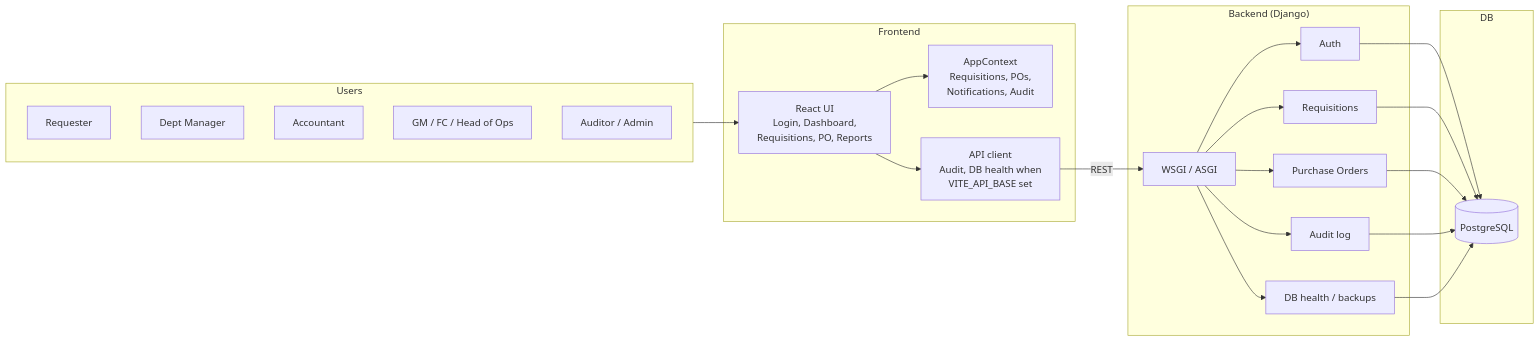
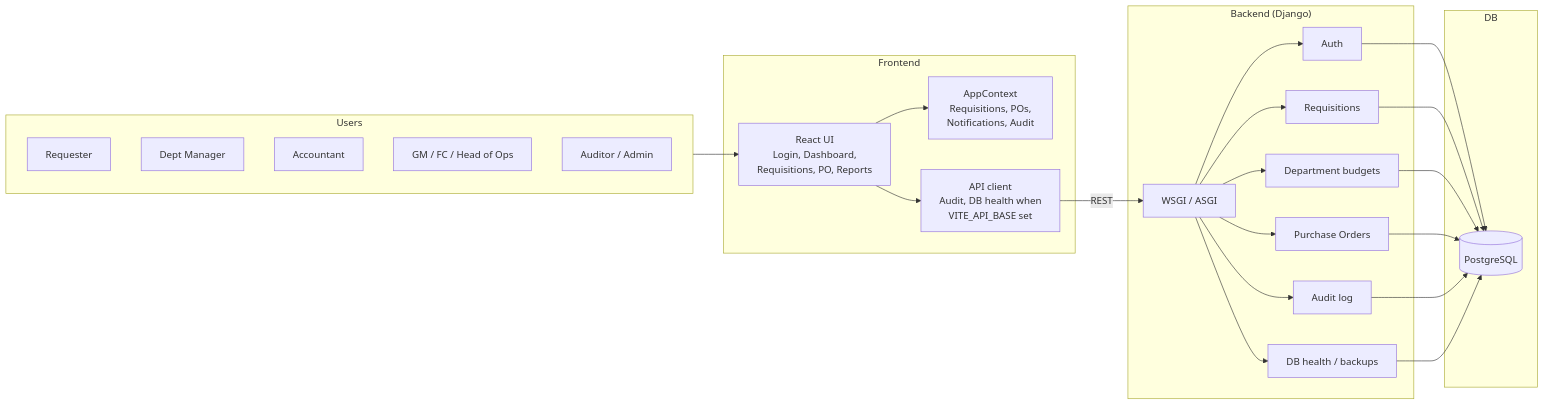
Before and after one commit to PG-rUNTIME/MARS-IRS: the second of 5 diagrams in docs/ARCHITECTURE.md, drawn with Mermaid. The commit also changed other lines of this file and 37 other files, not shown here.

````diff
--- a/docs/ARCHITECTURE.md
+++ b/docs/ARCHITECTURE.md
@@ -44,44 +45,47 @@
 ```mermaid
 flowchart LR
   subgraph Users
     U1[Requester]
     U2[Dept Manager]
     U3[Accountant]
     U4[GM / FC / Head of Ops]
     U5[Auditor / Admin]
   end
 
   subgraph Frontend["Frontend"]
     UI[React UI\nLogin, Dashboard,\nRequisitions, PO, Reports]
     State[AppContext\nRequisitions, POs,\nNotifications, Audit]
     Client[API client\nAudit, DB health when\nVITE_API_BASE set]
   end
 
   subgraph Backend["Backend (Django)"]
     WSGI[WSGI / ASGI]
     AuthB[Auth]
     ReqB[Requisitions]
+    BudgetB[Department budgets]
     POB[Purchase Orders]
     AuditB[Audit log]
     DBHealth[DB health / backups]
   end
 
   subgraph DB
     PG[("PostgreSQL")]
   end
 
   Users --> UI
   UI --> State
   UI --> Client
   Client -->|REST| WSGI
   WSGI --> AuthB
   WSGI --> ReqB
+  WSGI --> BudgetB
   WSGI --> POB
   WSGI --> AuditB
   WSGI --> DBHealth
   AuthB --> PG
   ReqB --> PG
+  BudgetB --> PG
   POB --> PG
   AuditB --> PG
   DBHealth --> PG
 ```
````
